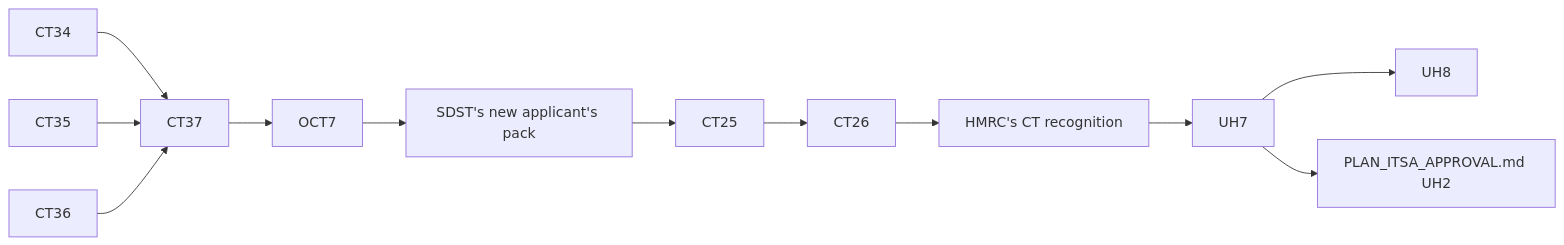
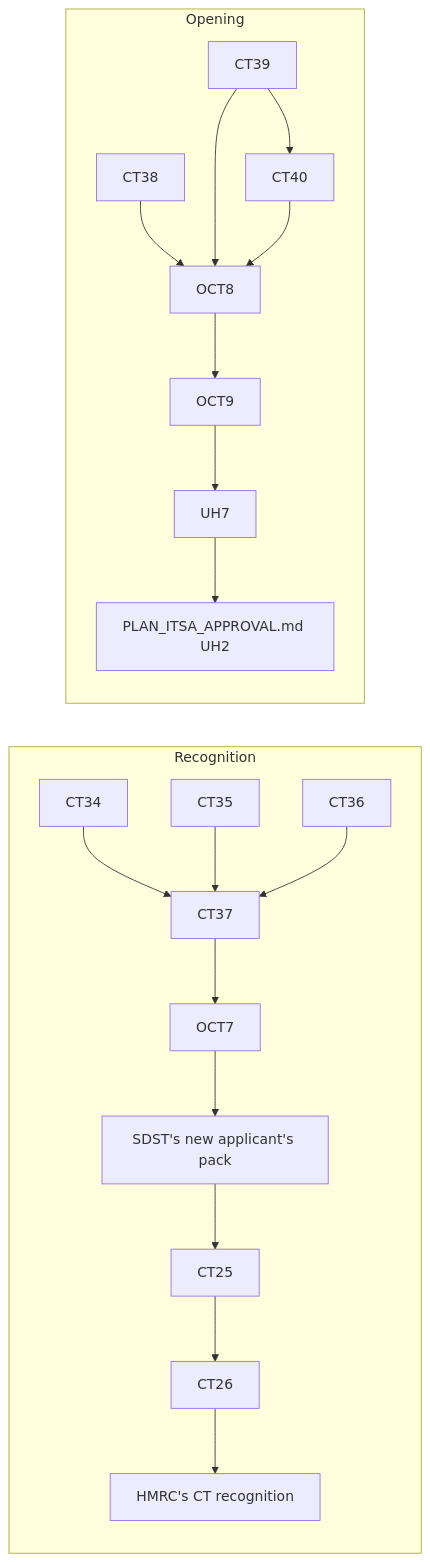
Before and after one commit to diy-accounting-uk/submit.diyaccounting.co.uk: the diagram in PLAN_HMRC_CT_APPROVAL.md, drawn with Mermaid. The commit also changed other lines of this file and 1 other file, not shown here.

````diff
--- a/PLAN_HMRC_CT_APPROVAL.md
+++ b/PLAN_HMRC_CT_APPROVAL.md
@@ -89,14 +104,22 @@
 ```mermaid
 flowchart LR
+    subgraph Recognition
     CT34 --> CT37
     CT35 --> CT37
     CT36 --> CT37
     CT37 --> OCT7
     OCT7 --> SDST["SDST's new applicant's pack"]
     SDST --> CT25
     CT25 --> CT26
     CT26 --> REC["HMRC's CT recognition"]
-    REC --> UH7
-    UH7 --> UH8
+    end
+    subgraph Opening
+    CT38 --> OCT8
+    CT39 --> CT40
+    CT39 --> OCT8
+    CT40 --> OCT8
+    OCT8 --> OCT9
+    OCT9 --> UH7
     UH7 --> UH2["PLAN_ITSA_APPROVAL.md UH2"]
+    end
 ```
````
